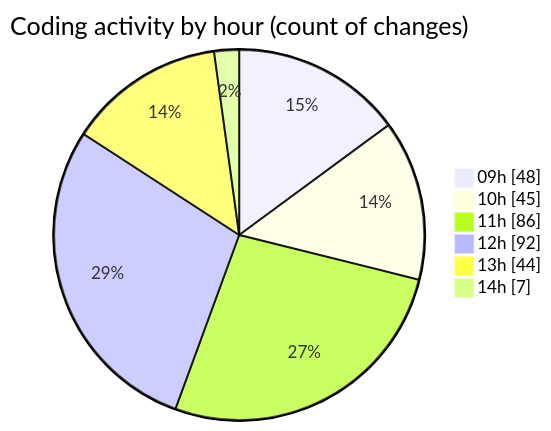
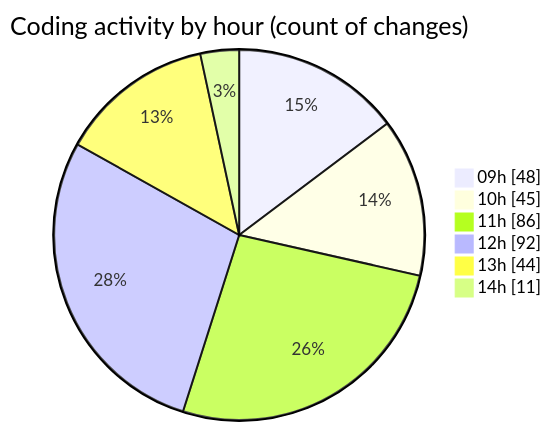
The second of 2 diagrams in 2025-03-14/cda/README.md (momahboobian/code-tracking), drawn with Mermaid before and after one commit. The commit also changed other lines of this file and 1 other file, not shown here.

````diff
--- a/2025-03-14/cda/README.md
+++ b/2025-03-14/cda/README.md
@@ -45,10 +45,10 @@
 ```mermaid
 pie showData
 title Coding activity by hour (count of changes)
 "09h" : 48
 "10h" : 45
 "11h" : 86
 "12h" : 92
 "13h" : 44
-"14h" : 7
+"14h" : 11
 ```
````
